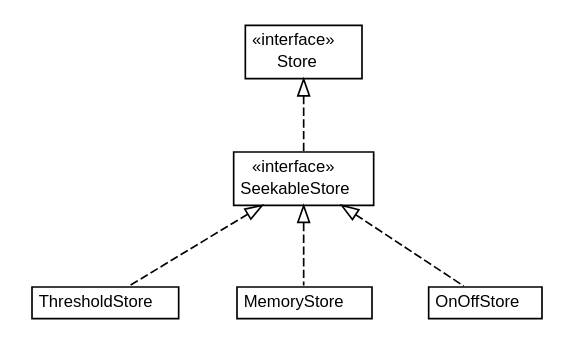
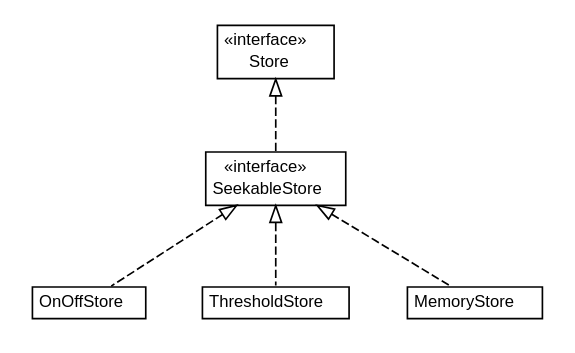
The diagram in www/easystream/apidocs/com/gc/iotools/stream/store/com.gc.iotools.stream.store.dot (helderfpires/io-tools), drawn with Graphviz before and after one commit. The commit also changed 189 other files, not shown here.

```diff
--- a/www/easystream/apidocs/com/gc/iotools/stream/store/com.gc.iotools.stream.store.dot
+++ b/www/easystream/apidocs/com/gc/iotools/stream/store/com.gc.iotools.stream.store.dot
@@ -1,52 +1,52 @@
 #!/usr/local/bin/dot
 #
 # Class diagram 
 # Generated by UMLGraph version 5.1 (http://www.umlgraph.org/)
 #
 
 digraph G {
 	edge [fontname="Helvetica",fontsize=10,labelfontname="Helvetica",labelfontsize=10];
 	node [fontname="Helvetica",fontsize=10,shape=plaintext];
 	nodesep=0.25;
 	ranksep=0.5;
-	// com.gc.iotools.stream.store.ThresholdStore
-	c78 [label=<<table title="com.gc.iotools.stream.store.ThresholdStore" border="0" cellborder="1" cellspacing="0" cellpadding="2" port="p" href="./ThresholdStore.html">
+	// com.gc.iotools.stream.store.OnOffStore
+	c424 [label=<<table title="com.gc.iotools.stream.store.OnOffStore" border="0" cellborder="1" cellspacing="0" cellpadding="2" port="p" href="./OnOffStore.html">
 		<tr><td><table border="0" cellspacing="0" cellpadding="1">
-<tr><td align="center" balign="center"> ThresholdStore </td></tr>
+<tr><td align="center" balign="center"> OnOffStore </td></tr>
 		</table></td></tr>
 		</table>>, fontname="Helvetica", fontcolor="black", fontsize=10.0];
 	// com.gc.iotools.stream.store.Store
-	c79 [label=<<table title="com.gc.iotools.stream.store.Store" border="0" cellborder="1" cellspacing="0" cellpadding="2" port="p" href="./Store.html">
+	c425 [label=<<table title="com.gc.iotools.stream.store.Store" border="0" cellborder="1" cellspacing="0" cellpadding="2" port="p" href="./Store.html">
 		<tr><td><table border="0" cellspacing="0" cellpadding="1">
 <tr><td align="center" balign="center"> &#171;interface&#187; </td></tr>
 <tr><td align="center" balign="center"> Store </td></tr>
 		</table></td></tr>
 		</table>>, fontname="Helvetica", fontcolor="black", fontsize=10.0];
 	// com.gc.iotools.stream.store.SeekableStore
-	c80 [label=<<table title="com.gc.iotools.stream.store.SeekableStore" border="0" cellborder="1" cellspacing="0" cellpadding="2" port="p" href="./SeekableStore.html">
+	c426 [label=<<table title="com.gc.iotools.stream.store.SeekableStore" border="0" cellborder="1" cellspacing="0" cellpadding="2" port="p" href="./SeekableStore.html">
 		<tr><td><table border="0" cellspacing="0" cellpadding="1">
 <tr><td align="center" balign="center"> &#171;interface&#187; </td></tr>
 <tr><td align="center" balign="center"> SeekableStore </td></tr>
 		</table></td></tr>
 		</table>>, fontname="Helvetica", fontcolor="black", fontsize=10.0];
+	// com.gc.iotools.stream.store.ThresholdStore
+	c427 [label=<<table title="com.gc.iotools.stream.store.ThresholdStore" border="0" cellborder="1" cellspacing="0" cellpadding="2" port="p" href="./ThresholdStore.html">
+		<tr><td><table border="0" cellspacing="0" cellpadding="1">
+<tr><td align="center" balign="center"> ThresholdStore </td></tr>
+		</table></td></tr>
+		</table>>, fontname="Helvetica", fontcolor="black", fontsize=10.0];
 	// com.gc.iotools.stream.store.MemoryStore
-	c81 [label=<<table title="com.gc.iotools.stream.store.MemoryStore" border="0" cellborder="1" cellspacing="0" cellpadding="2" port="p" href="./MemoryStore.html">
+	c428 [label=<<table title="com.gc.iotools.stream.store.MemoryStore" border="0" cellborder="1" cellspacing="0" cellpadding="2" port="p" href="./MemoryStore.html">
 		<tr><td><table border="0" cellspacing="0" cellpadding="1">
 <tr><td align="center" balign="center"> MemoryStore </td></tr>
 		</table></td></tr>
 		</table>>, fontname="Helvetica", fontcolor="black", fontsize=10.0];
-	// com.gc.iotools.stream.store.OnOffStore
-	c82 [label=<<table title="com.gc.iotools.stream.store.OnOffStore" border="0" cellborder="1" cellspacing="0" cellpadding="2" port="p" href="./OnOffStore.html">
-		<tr><td><table border="0" cellspacing="0" cellpadding="1">
-<tr><td align="center" balign="center"> OnOffStore </td></tr>
-		</table></td></tr>
-		</table>>, fontname="Helvetica", fontcolor="black", fontsize=10.0];
+	//com.gc.iotools.stream.store.OnOffStore implements com.gc.iotools.stream.store.SeekableStore
+	c426:p -> c424:p [dir=back,arrowtail=empty,style=dashed];
+	//com.gc.iotools.stream.store.SeekableStore implements com.gc.iotools.stream.store.Store
+	c425:p -> c426:p [dir=back,arrowtail=empty,style=dashed];
 	//com.gc.iotools.stream.store.ThresholdStore implements com.gc.iotools.stream.store.SeekableStore
-	c80:p -> c78:p [dir=back,arrowtail=empty,style=dashed];
-	//com.gc.iotools.stream.store.SeekableStore implements com.gc.iotools.stream.store.Store
-	c79:p -> c80:p [dir=back,arrowtail=empty,style=dashed];
+	c426:p -> c427:p [dir=back,arrowtail=empty,style=dashed];
 	//com.gc.iotools.stream.store.MemoryStore implements com.gc.iotools.stream.store.SeekableStore
-	c80:p -> c81:p [dir=back,arrowtail=empty,style=dashed];
-	//com.gc.iotools.stream.store.OnOffStore implements com.gc.iotools.stream.store.SeekableStore
-	c80:p -> c82:p [dir=back,arrowtail=empty,style=dashed];
+	c426:p -> c428:p [dir=back,arrowtail=empty,style=dashed];
 }
```
